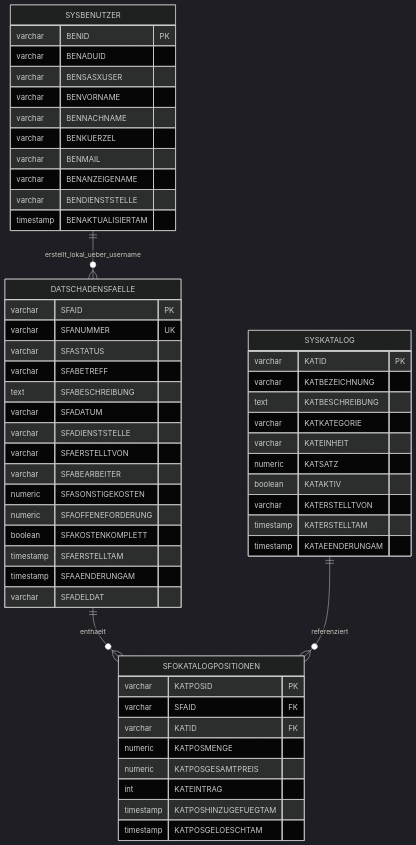
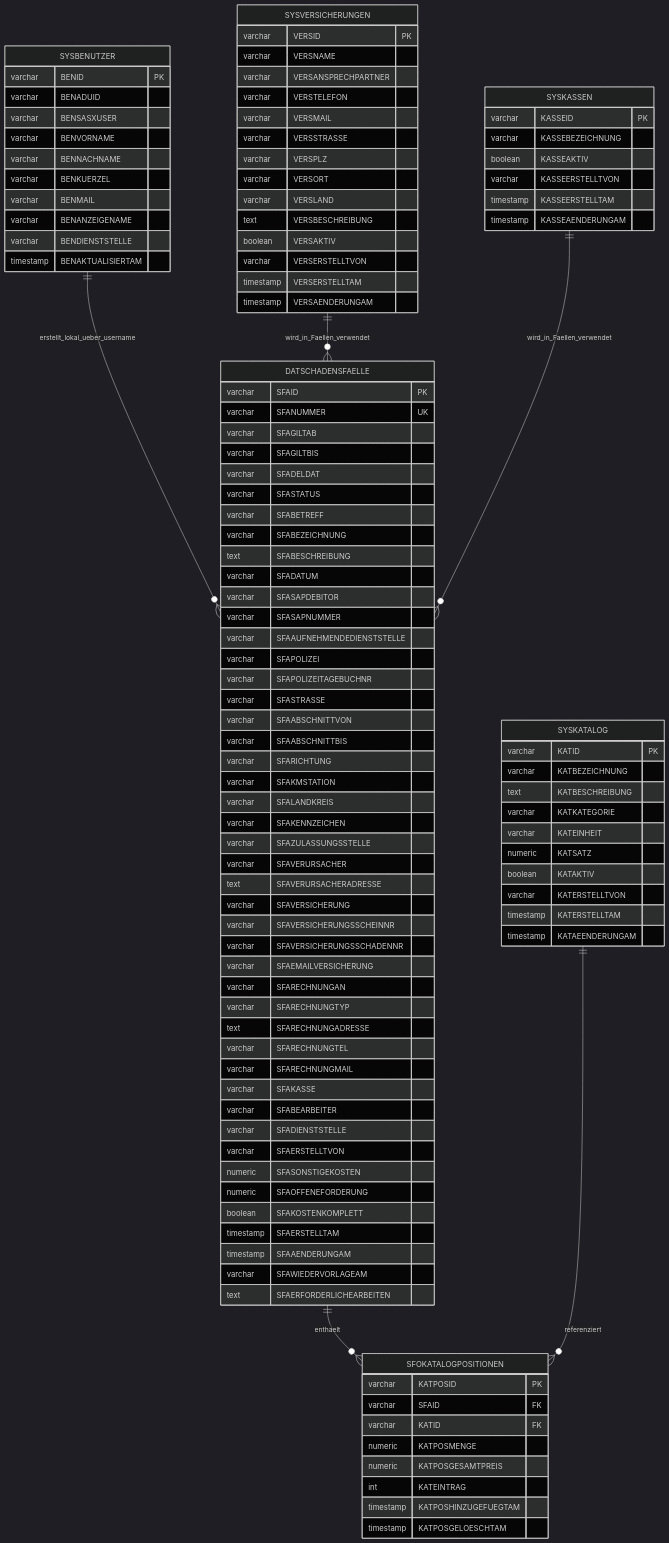
One commit to TiFuStu/sas3 changed the diagram in doku/diagrams/er-modell.md. Above: the diagram before and after it, drawn with Mermaid (dark theme). The commit also changed 70 other files, not shown here.

````diff
--- a/doku/diagrams/er-modell.md
+++ b/doku/diagrams/er-modell.md
@@ -18,19 +18,49 @@
   DATSCHADENSFAELLE {
     varchar SFAID PK
     varchar SFANUMMER UK
+    varchar SFAGILTAB
+    varchar SFAGILTBIS
+    varchar SFADELDAT
     varchar SFASTATUS
     varchar SFABETREFF
+    varchar SFABEZEICHNUNG
     text SFABESCHREIBUNG
     varchar SFADATUM
+    varchar SFASAPDEBITOR
+    varchar SFASAPNUMMER
+    varchar SFAAUFNEHMENDEDIENSTSTELLE
+    varchar SFAPOLIZEI
+    varchar SFAPOLIZEITAGEBUCHNR
+    varchar SFASTRASSE
+    varchar SFAABSCHNITTVON
+    varchar SFAABSCHNITTBIS
+    varchar SFARICHTUNG
+    varchar SFAKMSTATION
+    varchar SFALANDKREIS
+    varchar SFAKENNZEICHEN
+    varchar SFAZULASSUNGSSTELLE
+    varchar SFAVERURSACHER
+    text SFAVERURSACHERADRESSE
+    varchar SFAVERSICHERUNG
+    varchar SFAVERSICHERUNGSSCHEINNR
+    varchar SFAVERSICHERUNGSSCHADENNR
+    varchar SFAEMAILVERSICHERUNG
+    varchar SFARECHNUNGAN
+    varchar SFARECHNUNGTYP
+    text SFARECHNUNGADRESSE
+    varchar SFARECHNUNGTEL
+    varchar SFARECHNUNGMAIL
+    varchar SFAKASSE
+    varchar SFABEARBEITER
     varchar SFADIENSTSTELLE
     varchar SFAERSTELLTVON
-    varchar SFABEARBEITER
     numeric SFASONSTIGEKOSTEN
     numeric SFAOFFENEFORDERUNG
     boolean SFAKOSTENKOMPLETT
     timestamp SFAERSTELLTAM
     timestamp SFAAENDERUNGAM
-    varchar SFADELDAT
+    varchar SFAWIEDERVORLAGEAM
+    text SFAERFORDERLICHEARBEITEN
   }
 
   SYSKATALOG {
@@ -44,6 +74,32 @@
     varchar KATERSTELLTVON
     timestamp KATERSTELLTAM
     timestamp KATAEENDERUNGAM
+  }
+
+  SYSVERSICHERUNGEN {
+    varchar VERSID PK
+    varchar VERSNAME
+    varchar VERSANSPRECHPARTNER
+    varchar VERSTELEFON
+    varchar VERSMAIL
+    varchar VERSSTRASSE
+    varchar VERSPLZ
+    varchar VERSORT
+    varchar VERSLAND
+    text VERSBESCHREIBUNG
+    boolean VERSAKTIV
+    varchar VERSERSTELLTVON
+    timestamp VERSERSTELLTAM
+    timestamp VERSAENDERUNGAM
+  }
+
+  SYSKASSEN {
+    varchar KASSEID PK
+    varchar KASSEBEZEICHNUNG
+    boolean KASSEAKTIV
+    varchar KASSEERSTELLTVON
+    timestamp KASSEERSTELLTAM
+    timestamp KASSEAENDERUNGAM
   }
 
   SFOKATALOGPOSITIONEN {
@@ -60,4 +116,6 @@
   DATSCHADENSFAELLE ||--o{ SFOKATALOGPOSITIONEN : enthaelt
   SYSKATALOG ||--o{ SFOKATALOGPOSITIONEN : referenziert
   SYSBENUTZER ||--o{ DATSCHADENSFAELLE : erstellt_lokal_ueber_username
+  SYSVERSICHERUNGEN ||--o{ DATSCHADENSFAELLE : wird_in_Faellen_verwendet
+  SYSKASSEN ||--o{ DATSCHADENSFAELLE : wird_in_Faellen_verwendet
 ```
````
